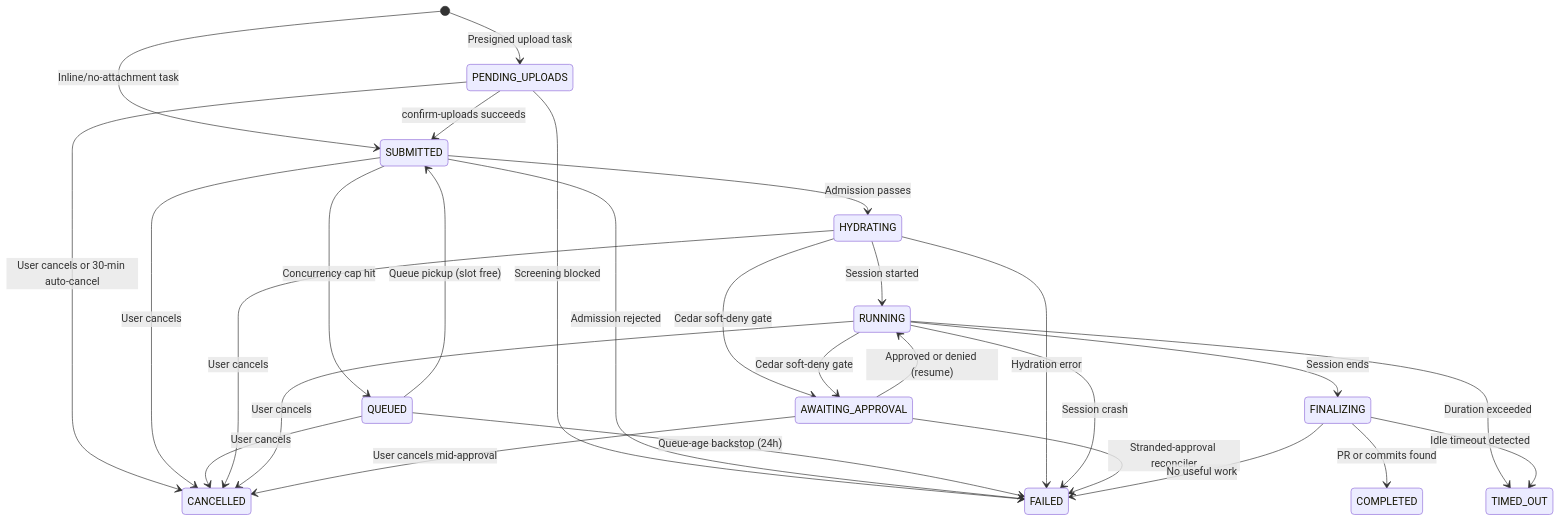
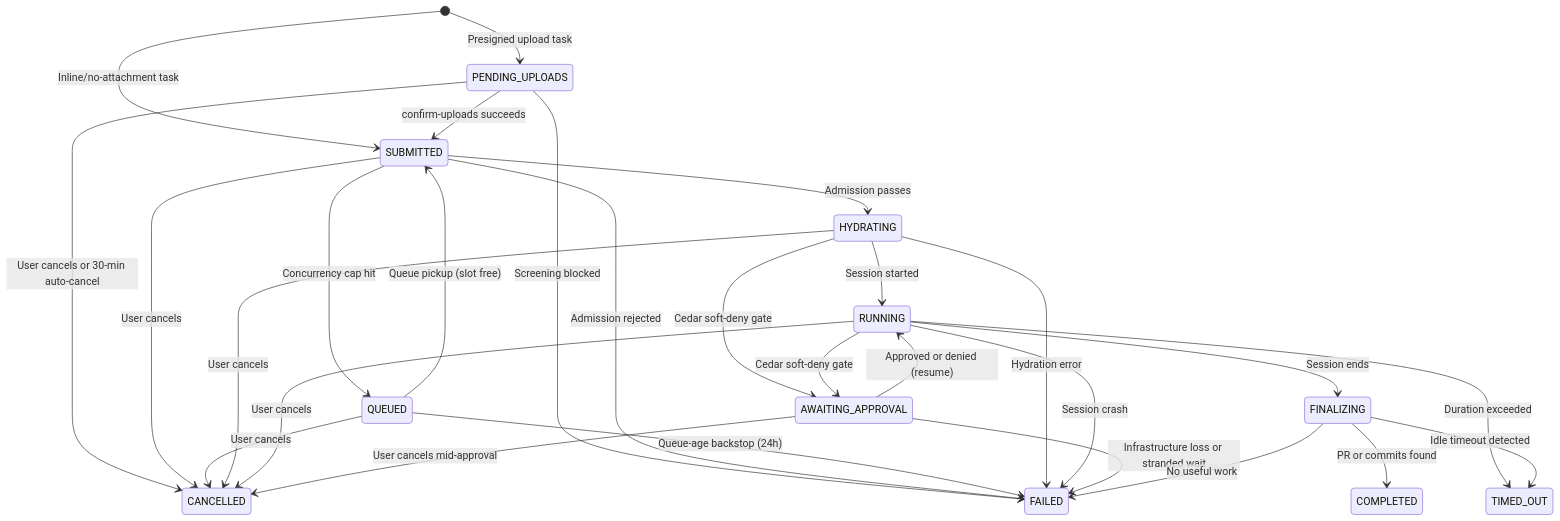
One commit to aws-samples/sample-autonomous-cloud-coding-agents changed the first of 3 diagrams in docs/design/ORCHESTRATOR.md. Above: the diagram before and after it, drawn with Mermaid. The commit also changed other lines of this file and 60 other files, not shown here.

````diff
--- a/docs/design/ORCHESTRATOR.md
+++ b/docs/design/ORCHESTRATOR.md
@@ -69,36 +69,36 @@
 ```mermaid
 stateDiagram-v2
     [*] --> PENDING_UPLOADS : Presigned upload task
     [*] --> SUBMITTED : Inline/no-attachment task
     PENDING_UPLOADS --> SUBMITTED : confirm-uploads succeeds
     PENDING_UPLOADS --> FAILED : Screening blocked
     PENDING_UPLOADS --> CANCELLED : User cancels or 30-min auto-cancel
 
     SUBMITTED --> HYDRATING : Admission passes
     SUBMITTED --> QUEUED : Concurrency cap hit
     SUBMITTED --> FAILED : Admission rejected
     SUBMITTED --> CANCELLED : User cancels
 
     QUEUED --> SUBMITTED : Queue pickup (slot free)
     QUEUED --> CANCELLED : User cancels
     QUEUED --> FAILED : Queue-age backstop (24h)
 
     HYDRATING --> RUNNING : Session started
     HYDRATING --> AWAITING_APPROVAL : Cedar soft-deny gate
     HYDRATING --> FAILED : Hydration error
     HYDRATING --> CANCELLED : User cancels
 
     RUNNING --> AWAITING_APPROVAL : Cedar soft-deny gate
     RUNNING --> FINALIZING : Session ends
     RUNNING --> CANCELLED : User cancels
     RUNNING --> TIMED_OUT : Duration exceeded
     RUNNING --> FAILED : Session crash
 
     AWAITING_APPROVAL --> RUNNING : Approved or denied (resume)
     AWAITING_APPROVAL --> CANCELLED : User cancels mid-approval
-    AWAITING_APPROVAL --> FAILED : Stranded-approval reconciler
+    AWAITING_APPROVAL --> FAILED : Infrastructure loss or stranded wait
 
     FINALIZING --> COMPLETED : PR or commits found
     FINALIZING --> FAILED : No useful work
     FINALIZING --> TIMED_OUT : Idle timeout detected
 ```
````
